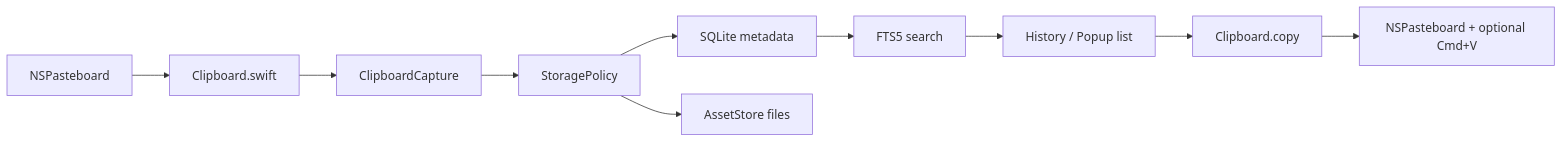
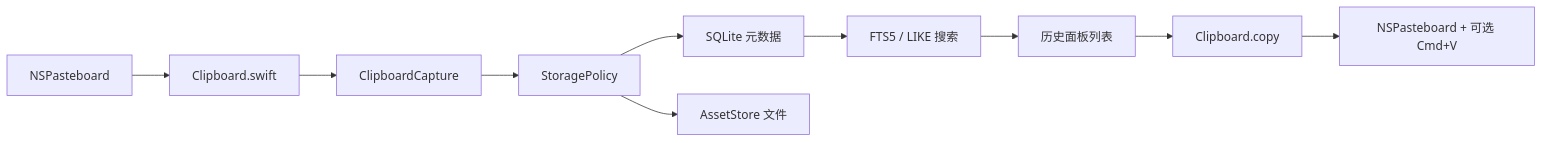
One commit to chyax98/MaccyLite changed the diagram in docs/performance-triage.md. Above: the diagram before and after it, drawn with Mermaid. The commit also changed other lines of this file and 12 other files, not shown here.

````diff
--- a/docs/performance-triage.md
+++ b/docs/performance-triage.md
@@ -19,12 +17,12 @@
 ```mermaid
 flowchart LR
   A["NSPasteboard"] --> B["Clipboard.swift"]
   B --> C["ClipboardCapture"]
   C --> D["StoragePolicy"]
-  D --> E["SQLite metadata"]
-  D --> F["AssetStore files"]
-  E --> G["FTS5 search"]
-  G --> H["History / Popup list"]
+  D --> E["SQLite 元数据"]
+  D --> F["AssetStore 文件"]
+  E --> G["FTS5 / LIKE 搜索"]
+  G --> H["历史面板列表"]
   H --> I["Clipboard.copy"]
-  I --> J["NSPasteboard + optional Cmd+V"]
+  I --> J["NSPasteboard + 可选 Cmd+V"]
 ```
````
